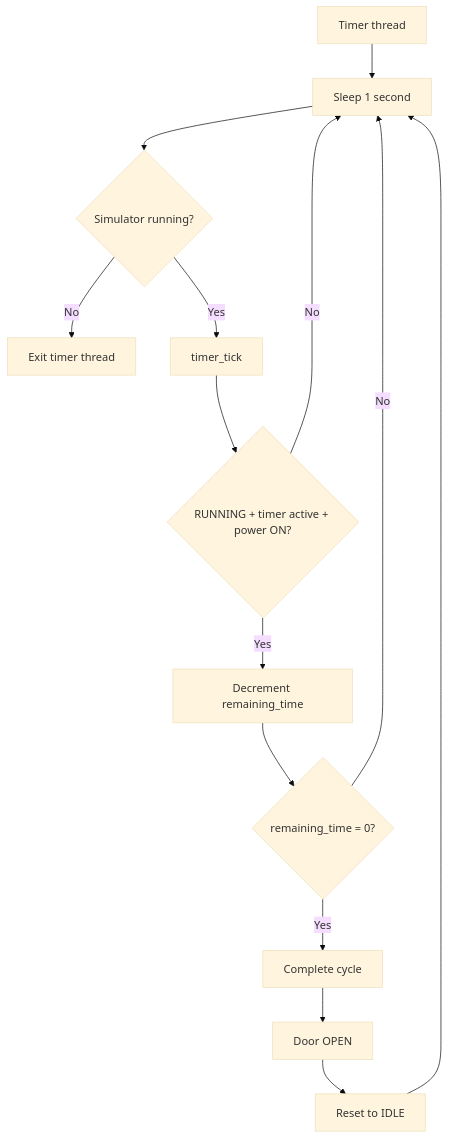
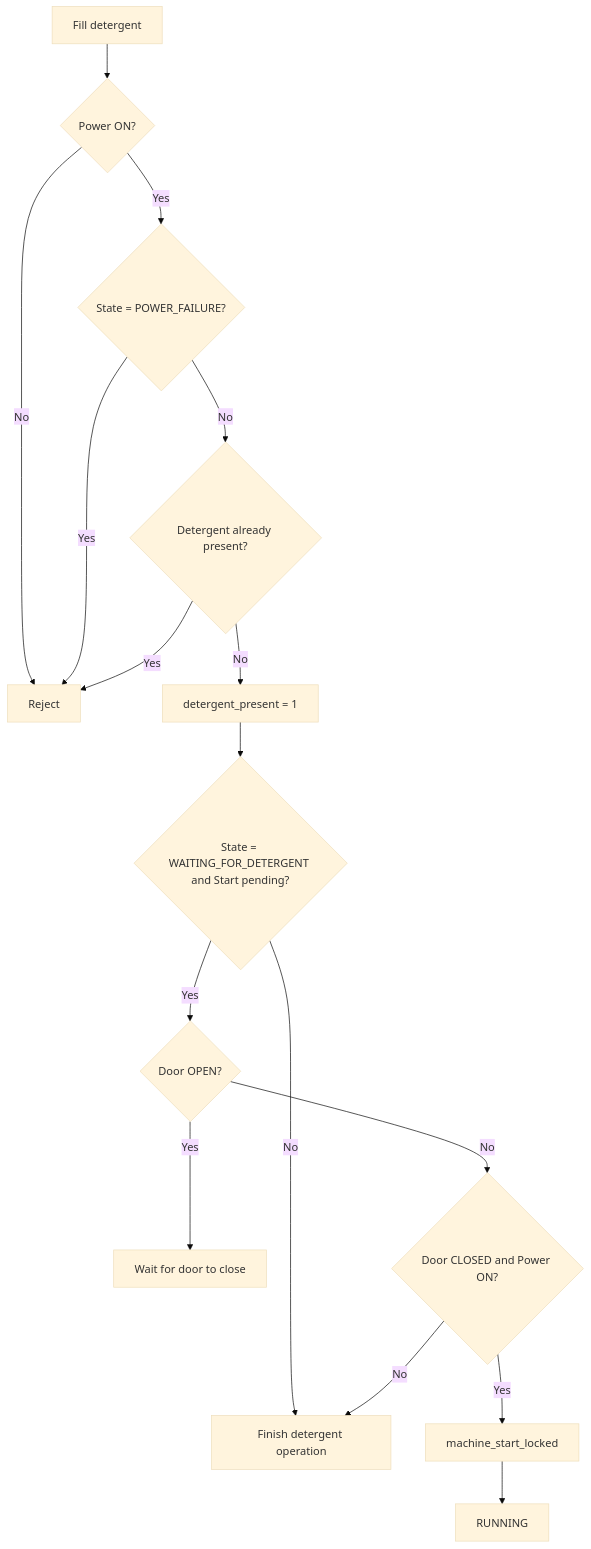
The seventh of 19 diagrams in README.md (BMMADHUMITHA/weighted_rr), drawn with Mermaid (base theme) before and after one commit. The commit also changed other lines of this file, not shown here.

````diff
--- a/README.md
+++ b/README.md
@@ -340,16 +298,18 @@
 ```mermaid
 flowchart TD
-    A[Timer thread] --> B[Sleep 1 second]
-    B --> C{Simulator running?}
-    C -- No --> Z[Exit timer thread]
-    C -- Yes --> D[timer_tick]
-    D --> E{RUNNING + timer active + power ON?}
-    E -- No --> B
-    E -- Yes --> F[Decrement remaining_time]
-    F --> G{remaining_time = 0?}
-    G -- No --> B
-    G -- Yes --> H[Complete cycle]
-    H --> I[Door OPEN]
-    I --> J[Reset to IDLE]
-    J --> B
+    A[Fill detergent] --> B{Power ON?}
+    B -- No --> X[Reject]
+    B -- Yes --> C{State = POWER_FAILURE?}
+    C -- Yes --> X
+    C -- No --> D{Detergent already present?}
+    D -- Yes --> X
+    D -- No --> E[detergent_present = 1]
+    E --> F{State = WAITING_FOR_DETERGENT and Start pending?}
+    F -- No --> G[Finish detergent operation]
+    F -- Yes --> H{Door OPEN?}
+    H -- Yes --> I[Wait for door to close]
+    H -- No --> J{Door CLOSED and Power ON?}
+    J -- Yes --> K[machine_start_locked]
+    K --> L[RUNNING]
+    J -- No --> G
 ```
````
